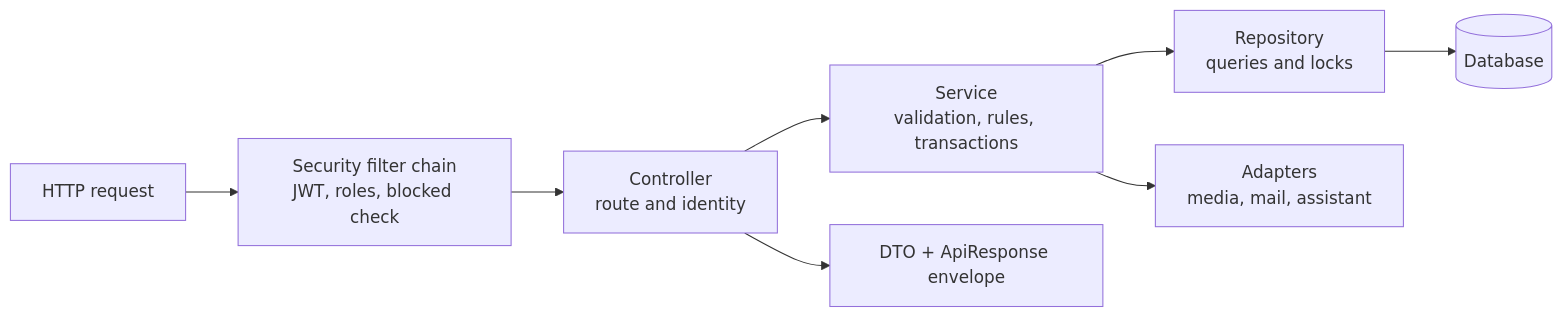
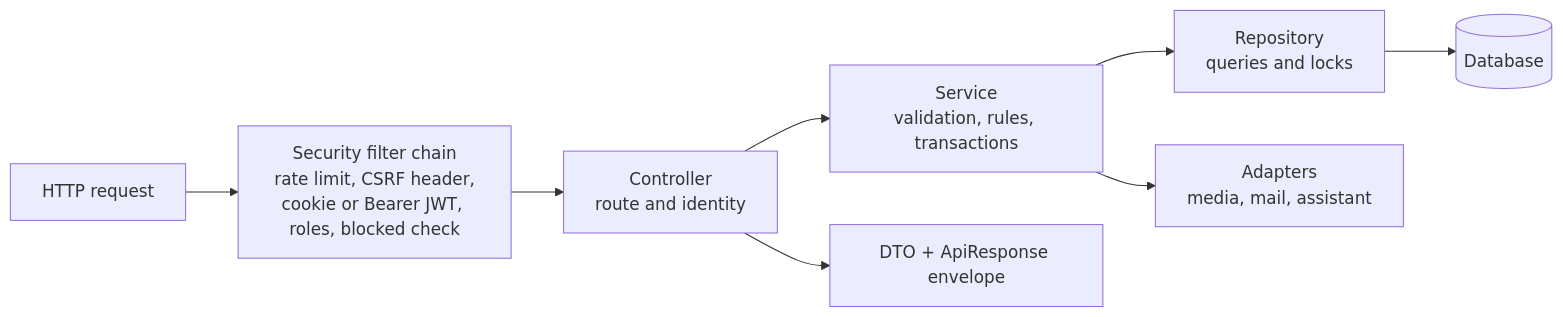
Before and after one commit to ghalebshhab/Salon-hub-backend: the ninth of 24 diagrams in documentation/Salon-Hup-Project-Documentation.md, drawn with Mermaid. The commit also changed other lines of this file and 1 other file, not shown here.

````diff
--- a/documentation/Salon-Hup-Project-Documentation.md
+++ b/documentation/Salon-Hup-Project-Documentation.md
@@ -713,10 +838,10 @@
 ```mermaid
 flowchart LR
-    req["HTTP request"] --> sec["Security filter chain<br/>JWT, roles, blocked check"]
+    req["HTTP request"] --> sec["Security filter chain<br/>rate limit, CSRF header,<br/>cookie or Bearer JWT, roles, blocked check"]
     sec --> ctl["Controller<br/>route and identity"]
     ctl --> svc["Service<br/>validation, rules, transactions"]
     svc --> repo["Repository<br/>queries and locks"]
     repo --> dbs[("Database")]
     svc --> ext2["Adapters<br/>media, mail, assistant"]
     ctl --> dto["DTO + ApiResponse envelope"]
 ```
````
